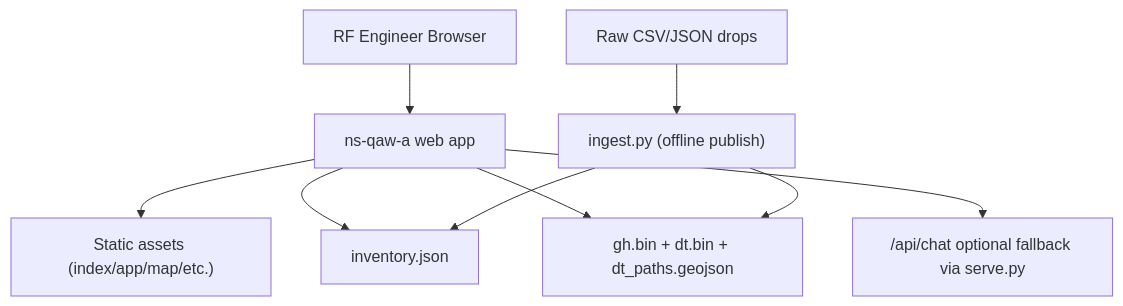
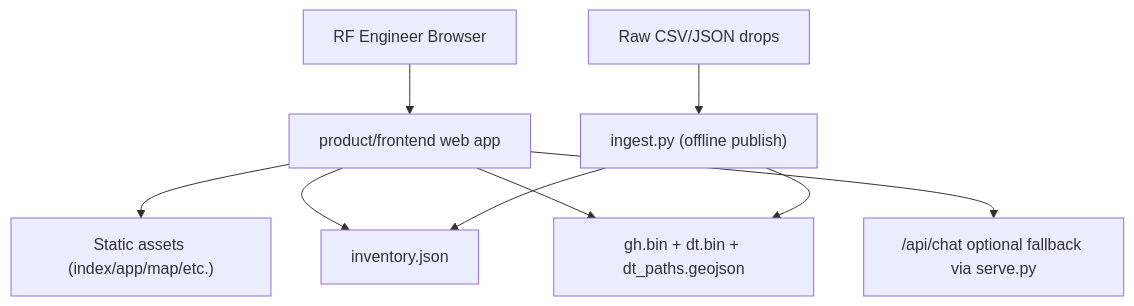
Before and after one commit to ninebar-ai/GIS: the first of 10 diagrams in docs/architecture/V1_HLD.md, drawn with Mermaid. The commit also changed other lines of this file and 106 other files, not shown here.

````diff
--- a/docs/architecture/V1_HLD.md
+++ b/docs/architecture/V1_HLD.md
@@ -34,11 +34,11 @@
 ```mermaid
 flowchart TB
-  ENG["RF Engineer Browser"] --> APP["ns-qaw-a web app"]
+  ENG["RF Engineer Browser"] --> APP["product/frontend web app"]
   APP --> STATIC["Static assets (index/app/map/etc.)"]
   APP --> INV["inventory.json"]
   APP --> HEAVY["gh.bin + dt.bin + dt_paths.geojson"]
   APP --> CHAT["/api/chat optional fallback via serve.py"]
   DATA["Raw CSV/JSON drops"] --> INGEST["ingest.py (offline publish)"]
   INGEST --> INV
   INGEST --> HEAVY
 ```
````
